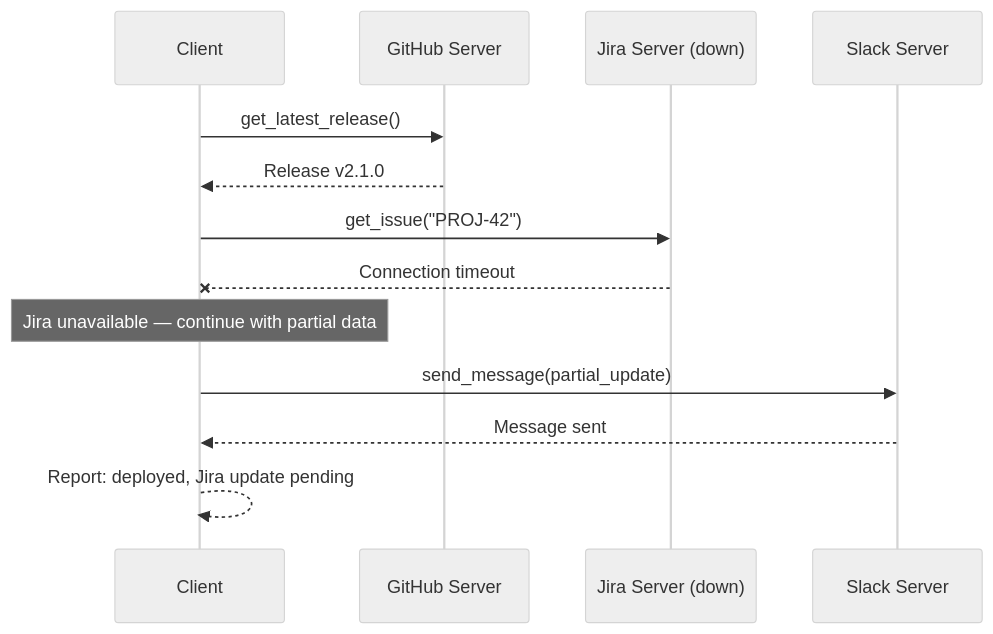
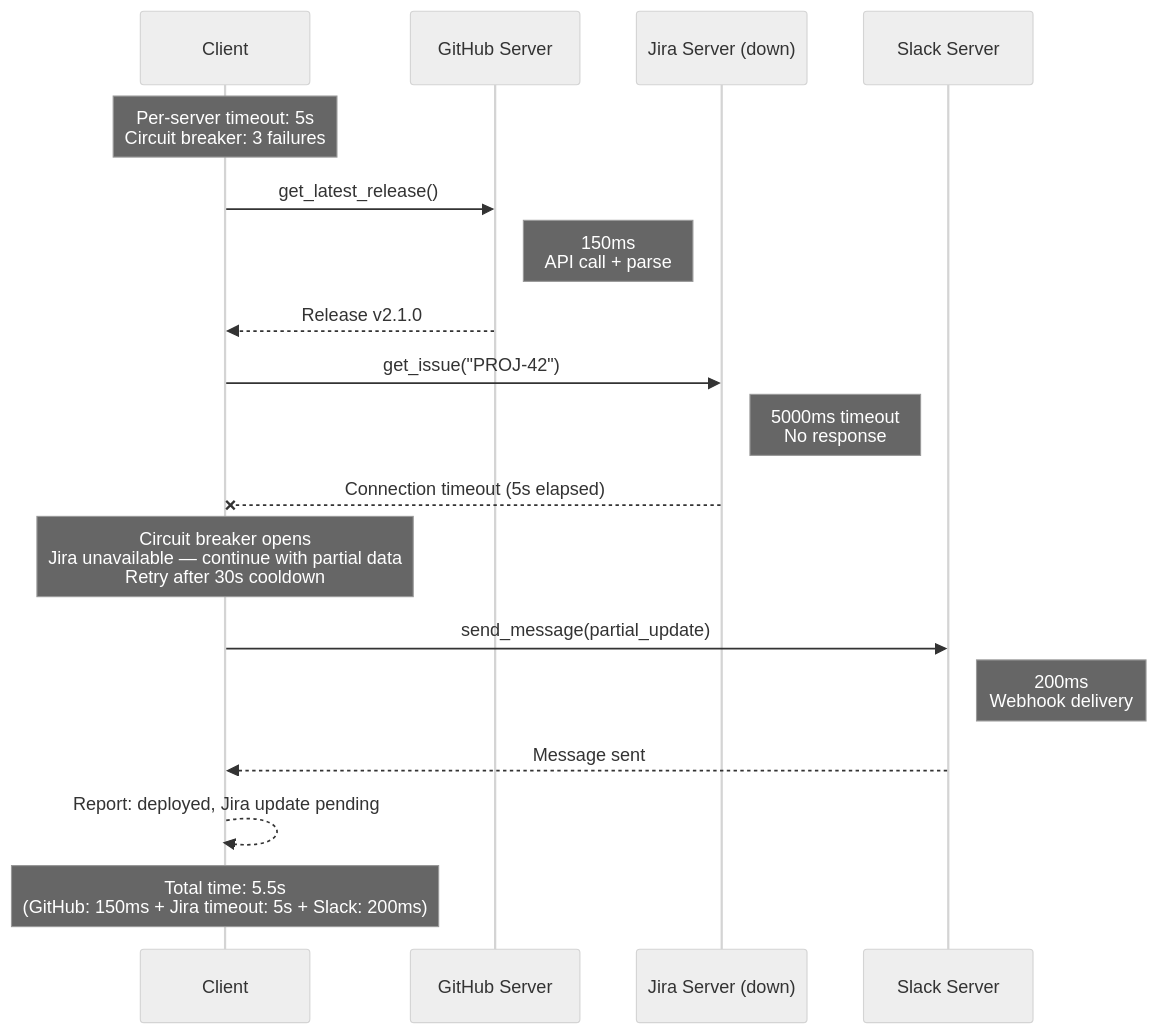
The second of 2 diagrams in docs/IEEE-42010/views/03h-multi-server-orchestration.md (markbsigler/MCP_Architecture), drawn with Mermaid (neutral theme) before and after one commit. The commit also changed other lines of this file and 4 other files, not shown here.

First line of the commit message:
Phase 2: Enhance diagram quality and establish standards

````diff
--- a/docs/IEEE-42010/views/03h-multi-server-orchestration.md
+++ b/docs/IEEE-42010/views/03h-multi-server-orchestration.md
@@ -131,16 +131,25 @@
 ```mermaid
 sequenceDiagram
     participant C as Client
     participant S1 as GitHub Server
     participant S2 as Jira Server (down)
     participant S3 as Slack Server
 
+    Note over C: Per-server timeout: 5s<br/>Circuit breaker: 3 failures
+    
     C->>S1: get_latest_release()
+    Note right of S1: 150ms<br/>API call + parse
     S1-->>C: Release v2.1.0
+    
     C->>S2: get_issue("PROJ-42")
-    S2--xC: Connection timeout
-    Note over C: Jira unavailable — continue with partial data
+    Note right of S2: 5000ms timeout<br/>No response
+    S2--xC: Connection timeout (5s elapsed)
+    Note over C: Circuit breaker opens<br/>Jira unavailable — continue with partial data<br/>Retry after 30s cooldown
+    
     C->>S3: send_message(partial_update)
+    Note right of S3: 200ms<br/>Webhook delivery
     S3-->>C: Message sent
+    
     C-->>C: Report: deployed, Jira update pending
+    Note over C: Total time: 5.5s<br/>(GitHub: 150ms + Jira timeout: 5s + Slack: 200ms)
 ```
````
